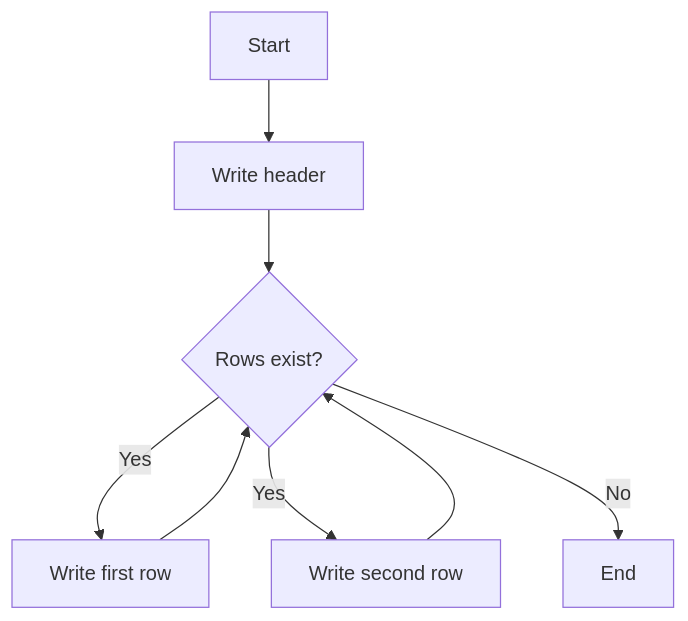
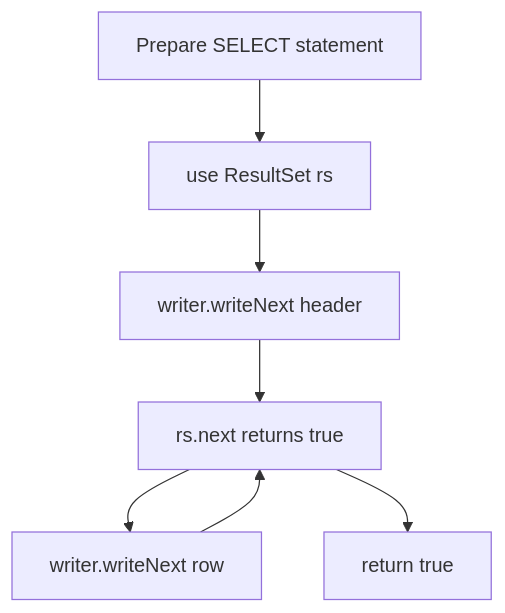
One commit to HashirOwais/NextPay-Subscription_Simplifed changed diagram 16 of 20 in TESTING.md. Above: the diagram before and after it, drawn with Mermaid. The commit also changed other lines of this file, not shown here.

````diff
--- a/TESTING.md
+++ b/TESTING.md
@@ -322,10 +372,10 @@
 ```mermaid
 flowchart TD
-  Start --> Header[Write header]
-  Header --> Loop{Rows exist?}
-  Loop -- Yes --> WriteRow[Write first row]
-  WriteRow --> Loop
-  Loop -- Yes --> WriteRow2[Write second row]
-  WriteRow2 --> Loop
-  Loop -- No --> End
+  A[Prepare SELECT statement]
+  A --> B[use ResultSet rs]
+  B --> C[writer.writeNext header]
+  C --> D[rs.next returns true]
+  D --> E[writer.writeNext row]
+  E --> D
+  D --> F[return true] 
 ```
````
